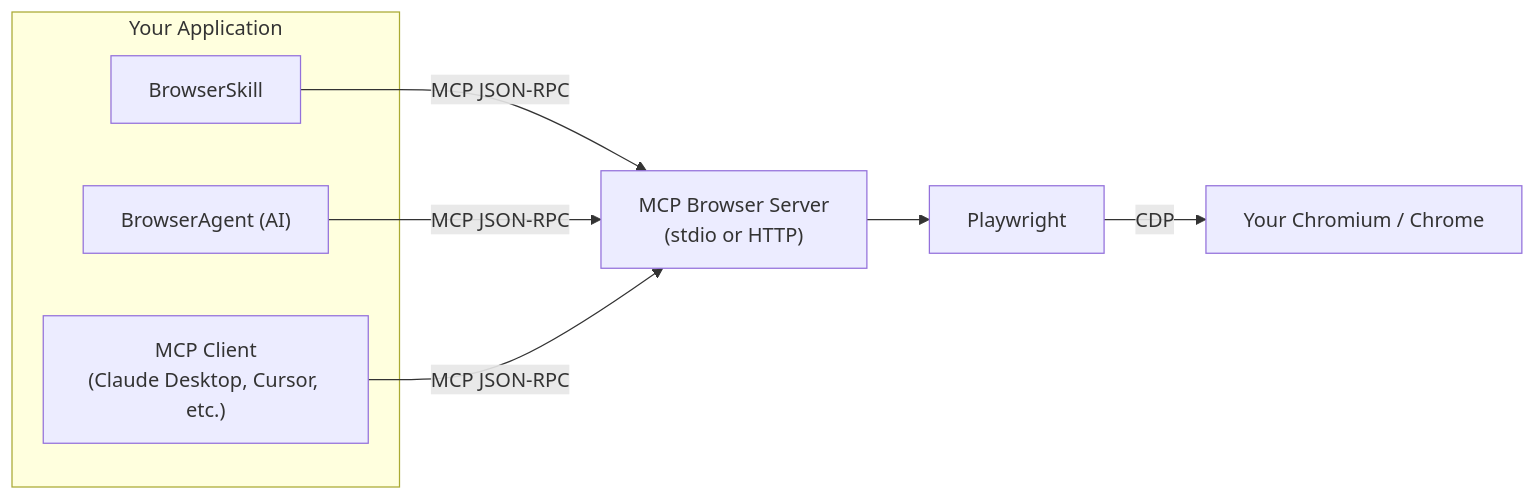
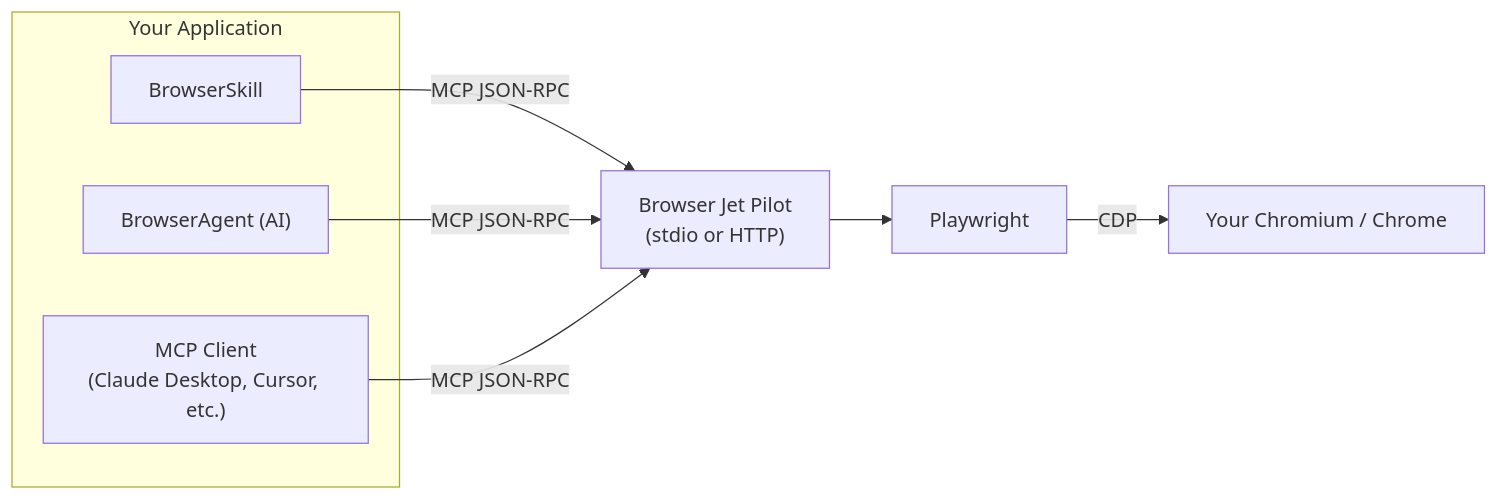
The diagram in docs/reference/architecture.mdx (0xABADBABE-ops/browser-jet-pilot), drawn with Mermaid before and after one commit. The commit also changed other lines of this file and 8 other files, not shown here.

````diff
--- a/docs/reference/architecture.mdx
+++ b/docs/reference/architecture.mdx
@@ -9,15 +9,15 @@
 ```mermaid
 flowchart LR
   subgraph App["Your Application"]
     BS["BrowserSkill"]
     BA["BrowserAgent (AI)"]
     MC["MCP Client<br/>(Claude Desktop, Cursor, etc.)"]
   end
 
-  BS -->|MCP JSON-RPC| MB["MCP Browser Server<br/>(stdio or HTTP)"]
+  BS -->|MCP JSON-RPC| MB["Browser Jet Pilot<br/>(stdio or HTTP)"]
   BA -->|MCP JSON-RPC| MB
   MC -->|MCP JSON-RPC| MB
 
   MB --> PW["Playwright"]
   PW -->|CDP| CH["Your Chromium / Chrome"]
 ```
````
